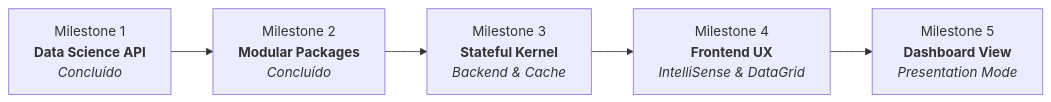
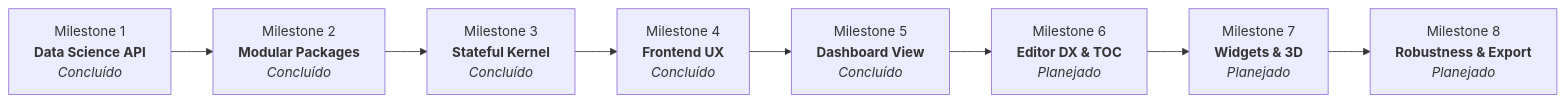
One commit to affonsoelias/BlaiseNotebook changed the diagram in ROADMAP.md. Above: the diagram before and after it, drawn with Mermaid. The commit also changed other lines of this file, not shown here.

Commit message:
docs(roadmap): add milestones 6, 7 and 8 covering DX, interactive widgets and kernel robustness

````diff
--- a/ROADMAP.md
+++ b/ROADMAP.md
@@ -12,7 +12,10 @@
 ```mermaid
 flowchart LR
     M1["Milestone 1<br/><b>Data Science API</b><br/><i>Concluído</i>"] --> M2["Milestone 2<br/><b>Modular Packages</b><br/><i>Concluído</i>"]
-    M2 --> M3["Milestone 3<br/><b>Stateful Kernel</b><br/><i>Backend & Cache</i>"]
-    M3 --> M4["Milestone 4<br/><b>Frontend UX</b><br/><i>IntelliSense & DataGrid</i>"]
-    M4 --> M5["Milestone 5<br/><b>Dashboard View</b><br/><i>Presentation Mode</i>"]
+    M2 --> M3["Milestone 3<br/><b>Stateful Kernel</b><br/><i>Concluído</i>"]
+    M3 --> M4["Milestone 4<br/><b>Frontend UX</b><br/><i>Concluído</i>"]
+    M4 --> M5["Milestone 5<br/><b>Dashboard View</b><br/><i>Concluído</i>"]
+    M5 --> M6["Milestone 6<br/><b>Editor DX & TOC</b><br/><i>Planejado</i>"]
+    M6 --> M7["Milestone 7<br/><b>Widgets & 3D</b><br/><i>Planejado</i>"]
+    M7 --> M8["Milestone 8<br/><b>Robustness & Export</b><br/><i>Planejado</i>"]
 ```
````
